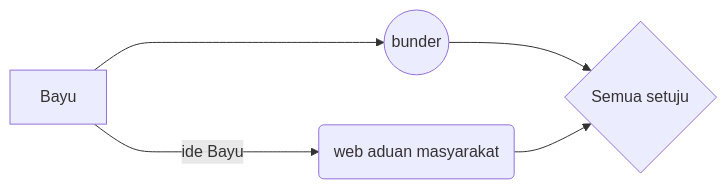
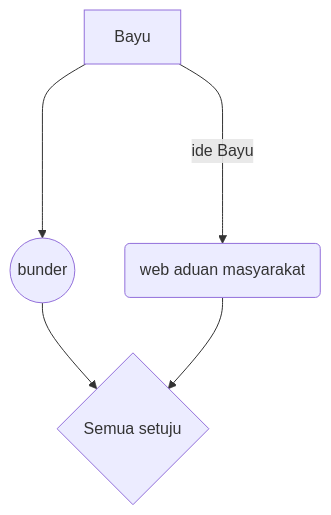
One commit to bayustwn/fp_pemweb changed the diagram in readme.md. Above: the diagram before and after it, drawn with Mermaid.

````diff
--- a/readme.md
+++ b/readme.md
@@ -3,7 +3,7 @@
 ```mermaid
-graph LR
+graph TD
 A[Bayu] ----> B((bunder))
 A --ide Bayu--> C(web aduan masyarakat)
 B --> D{Semua setuju}
 C --> D
 ```
````
